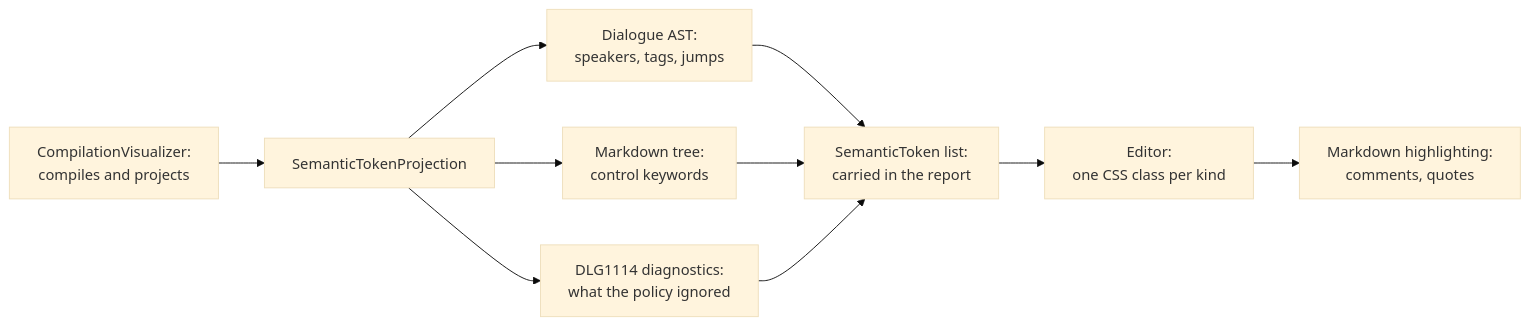
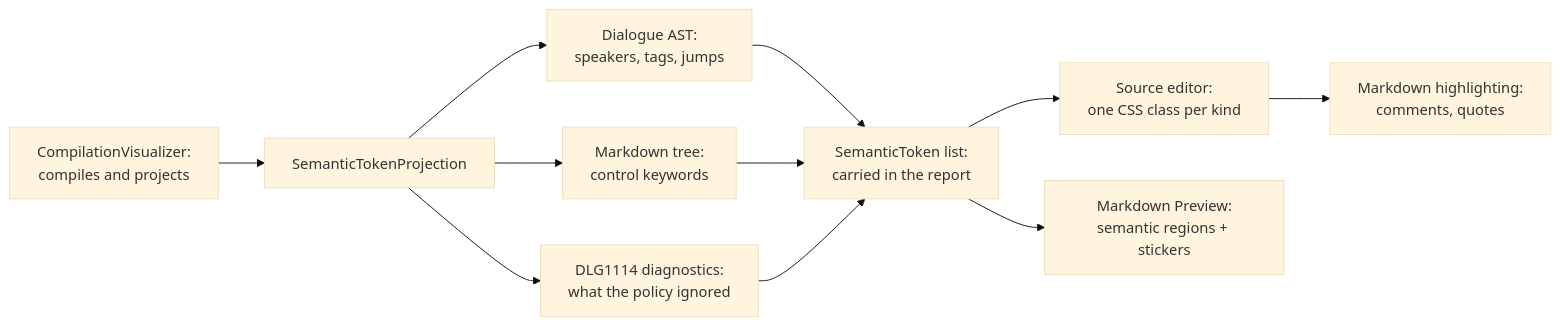
The diagram in docs/contributing/design-notes/Unmodeled Markdown Highlighting.md (pengzhengyi/dialoguedown), drawn with Mermaid (base theme) before and after one commit. The commit also changed other lines of this file and 7 other files, not shown here.

First line of the commit message:
feat(visualization): mirror ignored semantics in the Markdown preview

````diff
--- a/docs/contributing/design-notes/Unmodeled Markdown Highlighting.md
+++ b/docs/contributing/design-notes/Unmodeled Markdown Highlighting.md
@@ -106,12 +109,13 @@
 ```mermaid
 flowchart LR
     C["CompilationVisualizer:<br/>compiles and projects"] --> P["SemanticTokenProjection"]
     P --> D["Dialogue AST:<br/>speakers, tags, jumps"]
     P --> K["Markdown tree:<br/>control keywords"]
     P --> I["DLG1114 diagnostics:<br/>what the policy ignored"]
     D --> T["SemanticToken list:<br/>carried in the report"]
     K --> T
     I --> T
-    T --> E["Editor:<br/>one CSS class per kind"]
+    T --> E["Source editor:<br/>one CSS class per kind"]
+    T --> V["Markdown Preview:<br/>semantic regions + stickers"]
     E --> M["Markdown highlighting:<br/>comments, quotes"]
 ```
````
